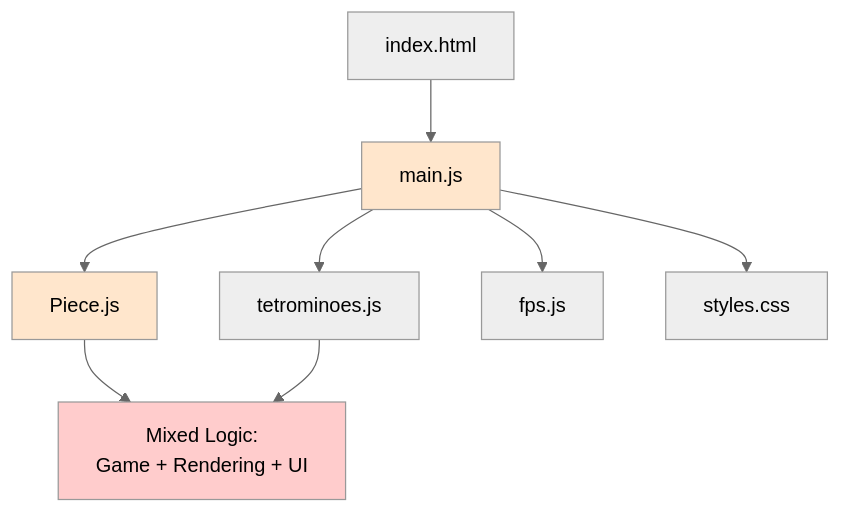
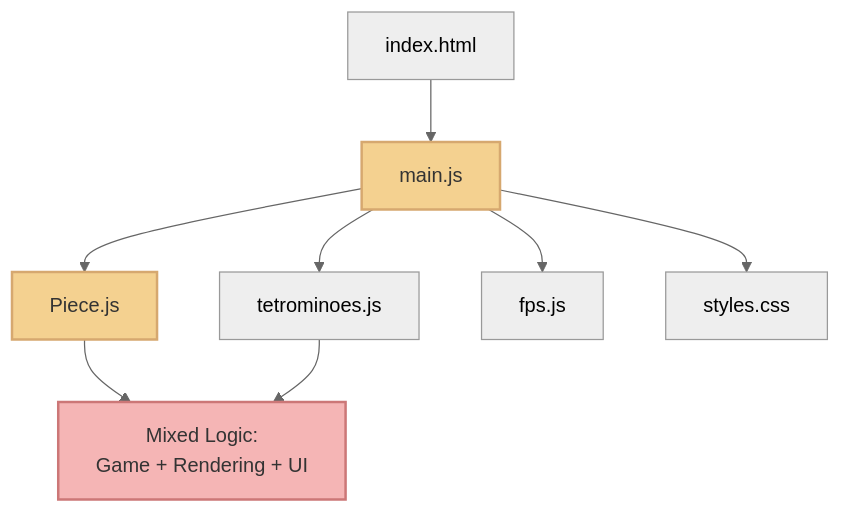
The first of 3 diagrams in MIGRATION-PLAN.md (KevOneRedOne/Simplistic-Tetris), drawn with Mermaid (neutral theme) before and after one commit. The commit also changed other lines of this file, not shown here.

Commit message:
style(plan): improve mermaid colors for better contrast

````diff
--- a/MIGRATION-PLAN.md
+++ b/MIGRATION-PLAN.md
@@ -51,15 +11,15 @@
 ```mermaid
 graph TD
     A[index.html] --> B[main.js]
     B --> C[Piece.js]
     B --> D[tetrominoes.js]
     B --> E[fps.js]
     B --> F[styles.css]
     
     C --> G[Mixed Logic:<br/>Game + Rendering + UI]
     D --> G
     
-    style G fill:#ffcccc
-    style B fill:#ffe6cc
-    style C fill:#ffe6cc
+    style G fill:#f5b5b5,stroke:#c77,stroke-width:2px,color:#333
+    style B fill:#f4d190,stroke:#d6a86f,stroke-width:2px,color:#333
+    style C fill:#f4d190,stroke:#d6a86f,stroke-width:2px,color:#333
 ```
````
